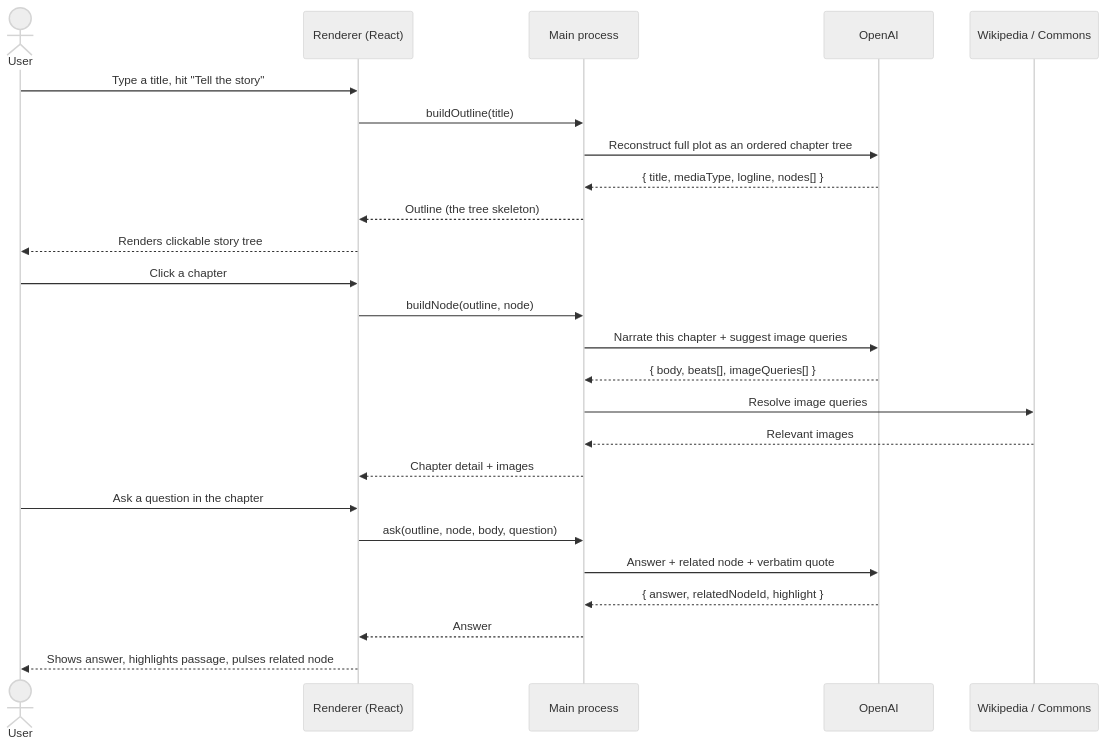
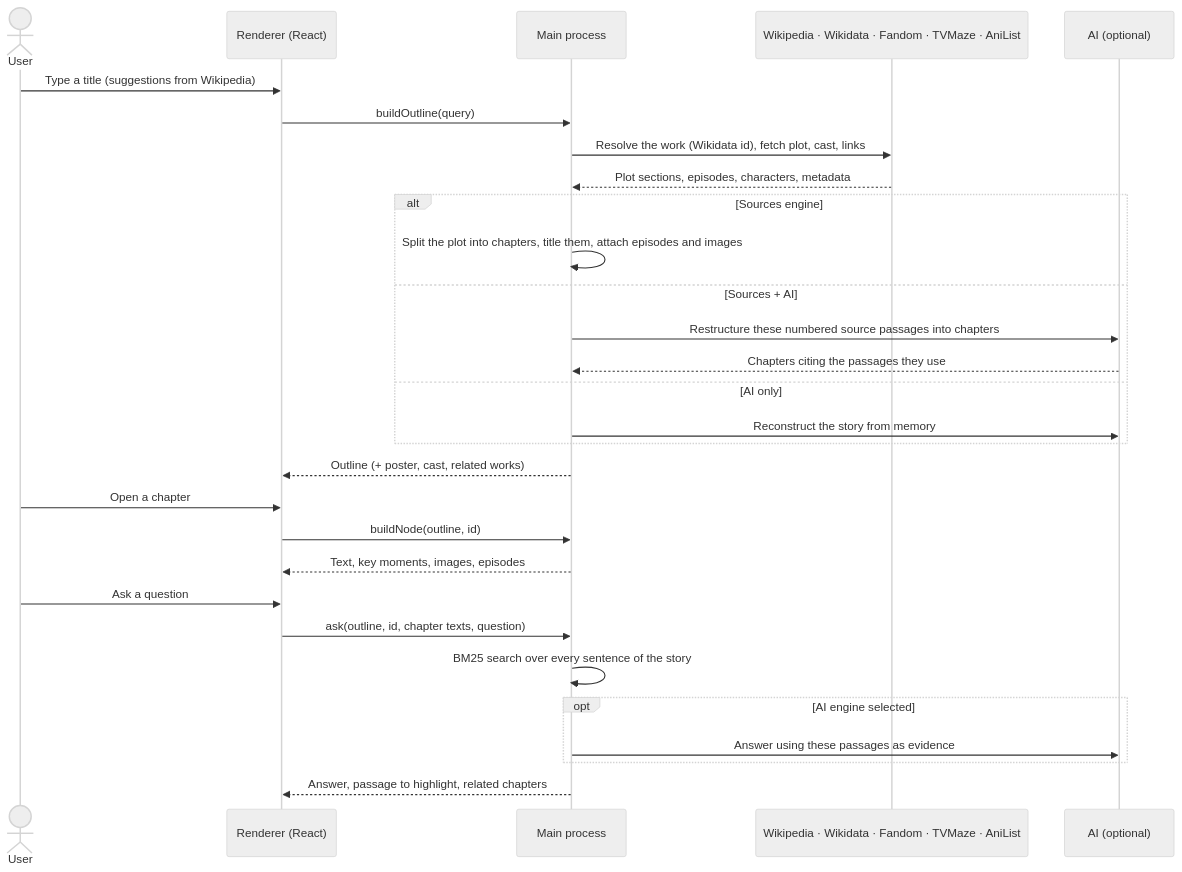
Before and after one commit to Ernani1234/storyteller: the first of 2 diagrams in README.md, drawn with Mermaid (neutral theme). The commit also changed other lines of this file and 127 other files, not shown here.

````diff
--- a/README.md
+++ b/README.md
@@ -87,30 +107,34 @@
 ```mermaid
 sequenceDiagram
     actor User
     participant UI as Renderer (React)
     participant Main as Main process
-    participant AI as OpenAI
-    participant Wiki as Wikipedia / Commons
+    participant Src as Wikipedia · Wikidata · Fandom · TVMaze · AniList
+    participant AI as AI (optional)
 
-    User->>UI: Type a title, hit "Tell the story"
-    UI->>Main: buildOutline(title)
-    Main->>AI: Reconstruct full plot as an ordered chapter tree
-    AI-->>Main: { title, mediaType, logline, nodes[] }
-    Main-->>UI: Outline (the tree skeleton)
-    UI-->>User: Renders clickable story tree
+    User->>UI: Type a title (suggestions from Wikipedia)
+    UI->>Main: buildOutline(query)
+    Main->>Src: Resolve the work (Wikidata id), fetch plot, cast, links
+    Src-->>Main: Plot sections, episodes, characters, metadata
+    alt Sources engine
+        Main->>Main: Split the plot into chapters, title them, attach episodes and images
+    else Sources + AI
+        Main->>AI: Restructure these numbered source passages into chapters
+        AI-->>Main: Chapters citing the passages they use
+    else AI only
+        Main->>AI: Reconstruct the story from memory
+    end
+    Main-->>UI: Outline (+ poster, cast, related works)
 
-    User->>UI: Click a chapter
-    UI->>Main: buildNode(outline, node)
-    Main->>AI: Narrate this chapter + suggest image queries
-    AI-->>Main: { body, beats[], imageQueries[] }
-    Main->>Wiki: Resolve image queries
-    Wiki-->>Main: Relevant images
-    Main-->>UI: Chapter detail + images
+    User->>UI: Open a chapter
+    UI->>Main: buildNode(outline, id)
+    Main-->>UI: Text, key moments, images, episodes
 
-    User->>UI: Ask a question in the chapter
-    UI->>Main: ask(outline, node, body, question)
-    Main->>AI: Answer + related node + verbatim quote
-    AI-->>Main: { answer, relatedNodeId, highlight }
-    Main-->>UI: Answer
-    UI-->>User: Shows answer, highlights passage, pulses related node
+    User->>UI: Ask a question
+    UI->>Main: ask(outline, id, chapter texts, question)
+    Main->>Main: BM25 search over every sentence of the story
+    opt AI engine selected
+        Main->>AI: Answer using these passages as evidence
+    end
+    Main-->>UI: Answer, passage to highlight, related chapters
 ```
````
